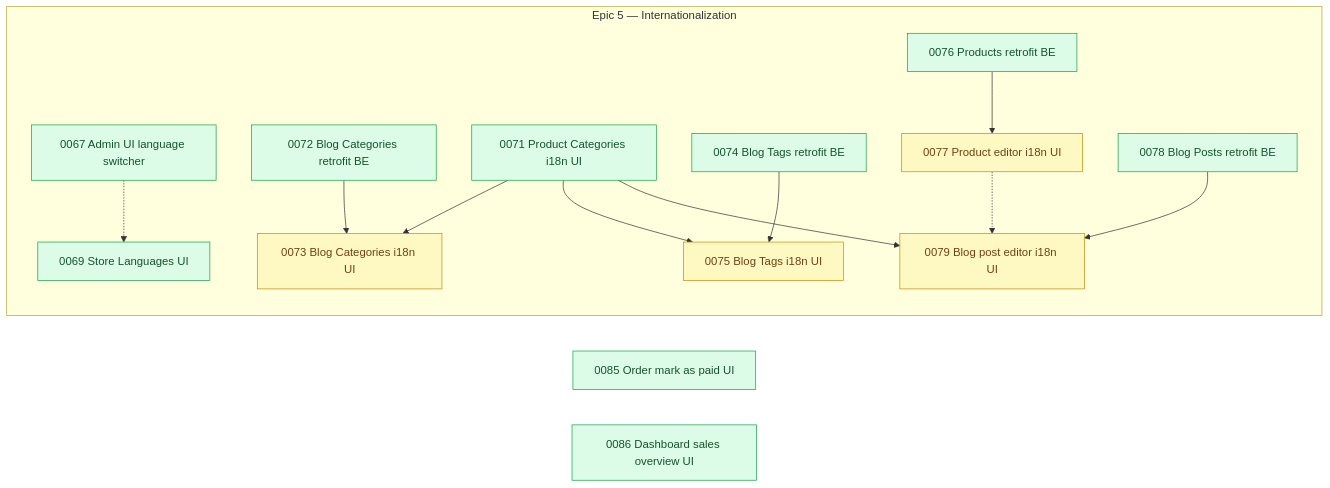
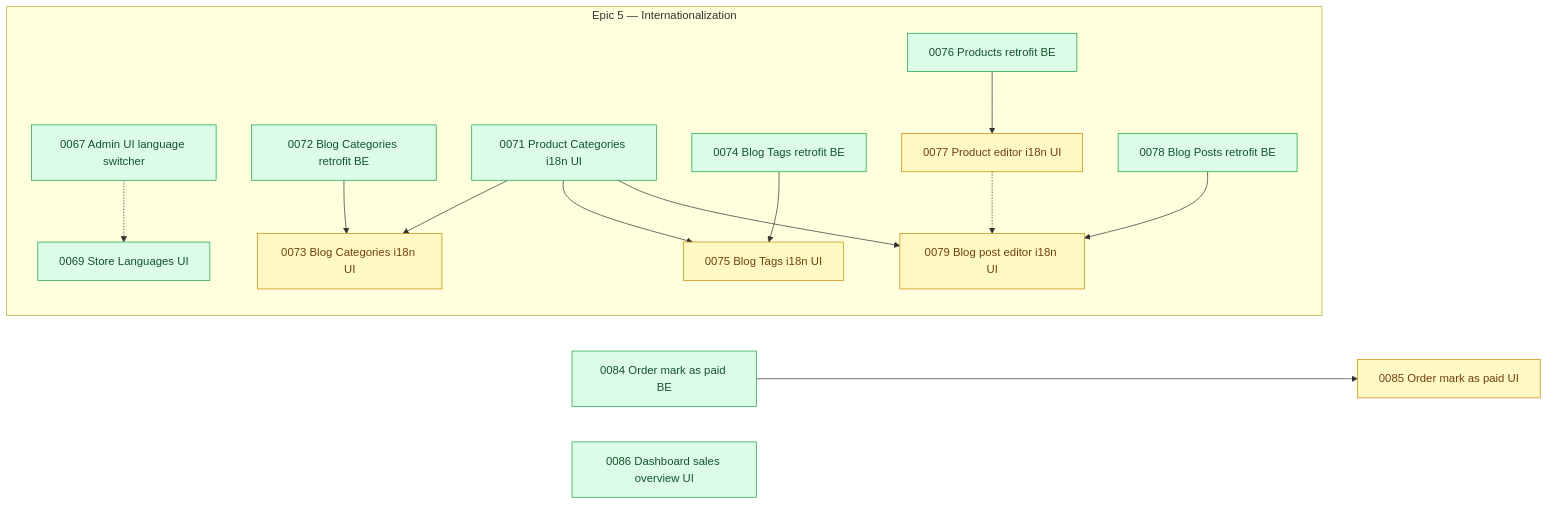
Before and after one commit to shojen/AI4Devs-finalproject: the diagram in arospe/ai-spec/tasks-map.md, drawn with Mermaid. The commit also changed other lines of this file and 5 other files, not shown here.

````diff
--- a/arospe/ai-spec/tasks-map.md
+++ b/arospe/ai-spec/tasks-map.md
@@ -526,6 +523,7 @@
     end
 
     %% Standalone (no PRD epic)
+    P0084["0084 Order mark as paid BE"]
     P0085["0085 Order mark as paid UI"]
     %% (P0082's own node dropped: 0082 closed to done/ this pass, per the update at the top of this file.)
     P0086["0086 Dashboard sales overview UI"]
@@ -597,9 +595,10 @@
     P0071 --> P0079
     P0077 -.-> P0079
     %% (P0082 --> P0083 and P0082 -.-> P0076/P0078 dropped: 0082 is done; 0083 is now ready.)
-    %% (P0084 --> P0085 dropped: 0084 is done; 0085 is now ready.)
+    P0084 --> P0085
     %% (P0083 -.-> P0085 and P0083 --> P0086 dropped: 0083 is done; 0086 is now ready.)
 
-    class P0073,P0075,P0077,P0079 pending;
-    class P0067,P0069,P0071,P0072,P0074,P0076,P0078,P0085,P0086 ready;
+    class P0073,P0075,P0077,P0079,P0085 pending;
+    class P0067,P0069,P0071,P0072,P0074,P0076,P0078,P0084,P0086 ready;
+
 ```
````
